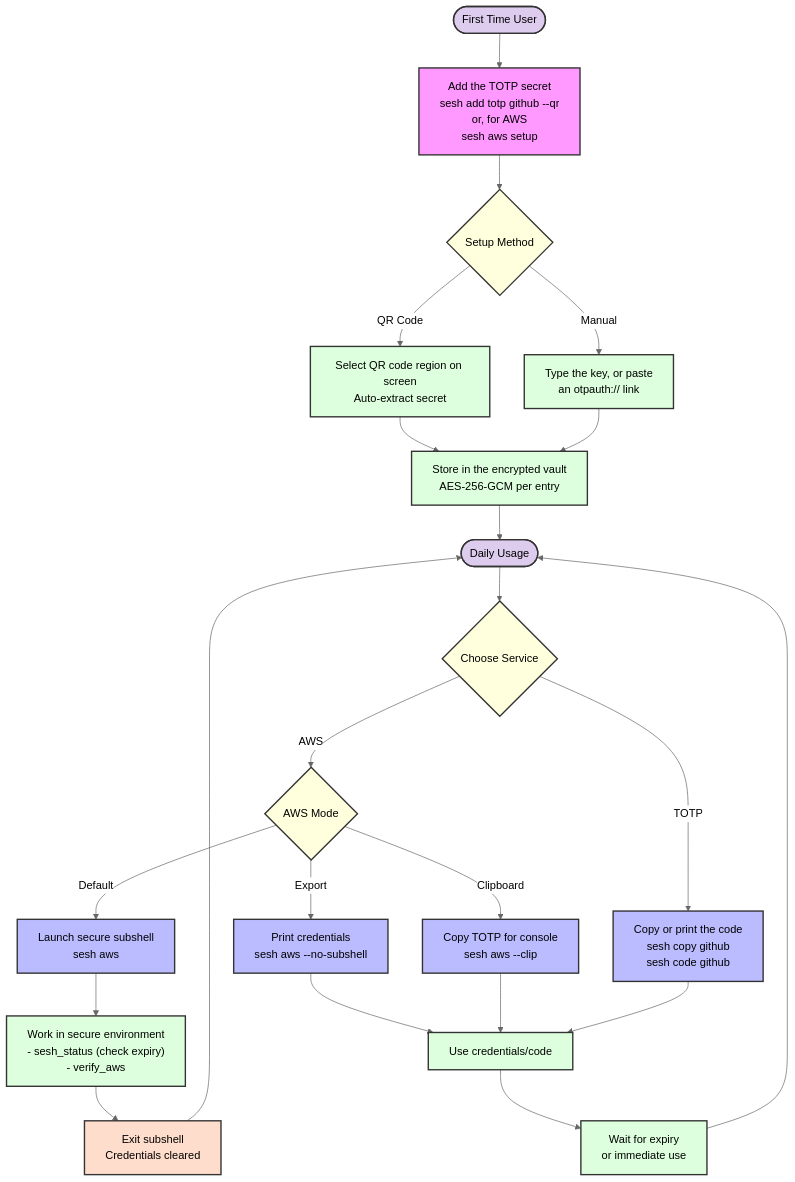
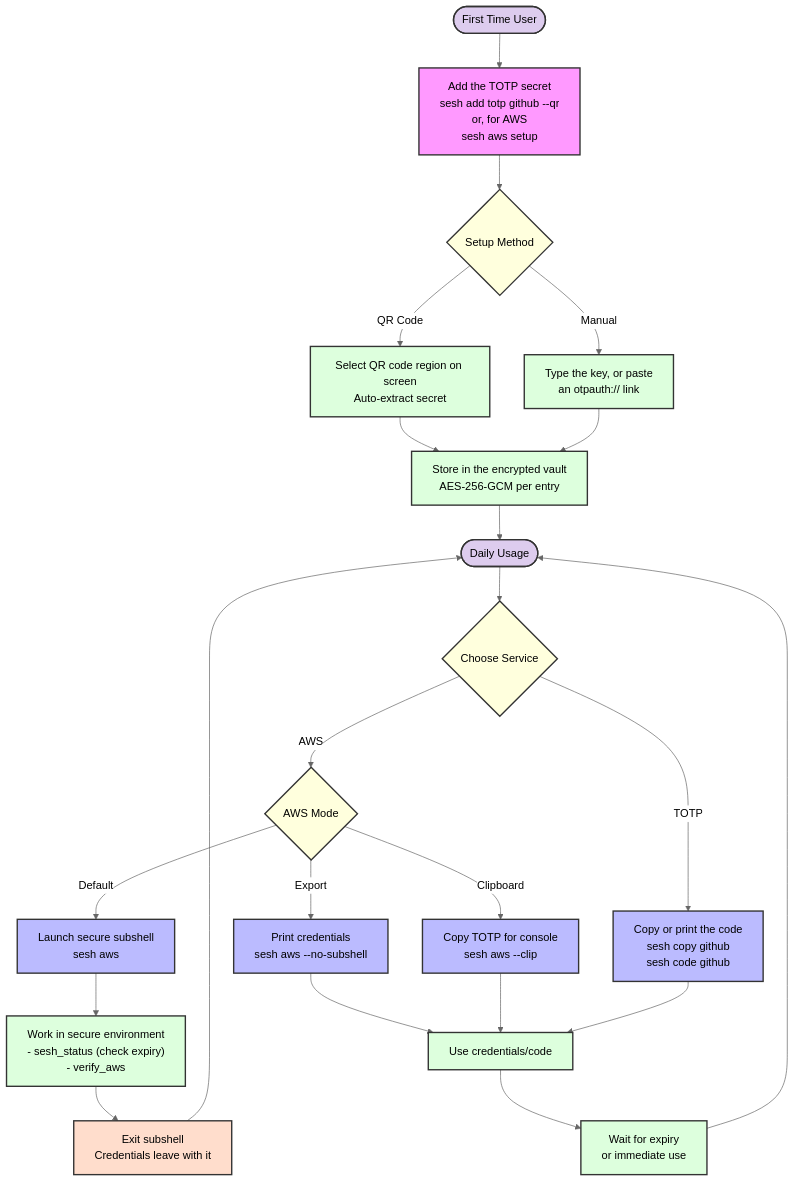
The first of 2 diagrams in docs/USAGE_AND_CONFIGURATION.md (bashhack/sesh), drawn with Mermaid before and after one commit. The commit also changed other lines of this file and 10 other files, not shown here.

````diff
--- a/docs/USAGE_AND_CONFIGURATION.md
+++ b/docs/USAGE_AND_CONFIGURATION.md
@@ -11,42 +11,42 @@
 ```mermaid
 %%{init: {'theme': 'neutral'}}%%
 flowchart TD
     classDef start fill:#dce,stroke:#333,stroke-width:2px
     classDef process fill:#dfd,stroke:#333,stroke-width:2px
     classDef decision fill:#ffd,stroke:#333,stroke-width:2px
     classDef endNode fill:#fdc,stroke:#333,stroke-width:2px
     classDef sesh fill:#bbf,stroke:#333,stroke-width:2px
     classDef setup fill:#f9f,stroke:#333,stroke-width:2px
 
     Start([First Time User]):::start --> Setup["Add the TOTP secret<br>sesh add totp github --qr<br>or, for AWS<br>sesh aws setup"]:::setup
     
     Setup --> SetupChoice{"Setup Method"}:::decision
     SetupChoice -->|"QR Code"| QR["Select QR code region on screen<br>Auto-extract secret"]:::process
     SetupChoice -->|"Manual"| Manual["Type the key, or paste<br>an otpauth:// link"]:::process
     
     QR --> Vault["Store in the encrypted vault<br>AES-256-GCM per entry"]:::process
     Manual --> Vault
     
     Vault --> Daily([Daily Usage]):::start
     
     Daily --> Service{"Choose Service"}:::decision
     
     Service -->|"AWS"| AWSChoice{"AWS Mode"}:::decision
     AWSChoice -->|"Default"| Subshell["Launch secure subshell<br>sesh aws"]:::sesh
     AWSChoice -->|"Export"| Export["Print credentials<br>sesh aws --no-subshell"]:::sesh
     AWSChoice -->|"Clipboard"| AWSClip["Copy TOTP for console<br>sesh aws --clip"]:::sesh
     
     Service -->|"TOTP"| TOTP["Copy or print the code<br>sesh copy github<br>sesh code github"]:::sesh
     
     Subshell --> Work["Work in secure environment<br>- sesh_status (check expiry)<br>- verify_aws"]:::process
-    Work --> Exit["Exit subshell<br>Credentials cleared"]:::endNode
+    Work --> Exit["Exit subshell<br>Credentials leave with it"]:::endNode
     
     Export --> Use["Use credentials/code"]:::process
     AWSClip --> Use
     TOTP --> Use
     
     Use --> Expire["Wait for expiry<br>or immediate use"]:::process
     Expire --> Daily
     
     Exit --> Daily
 ```
````
